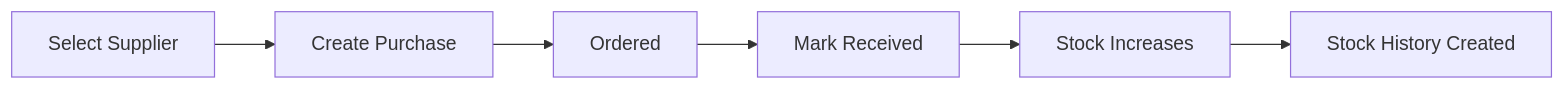
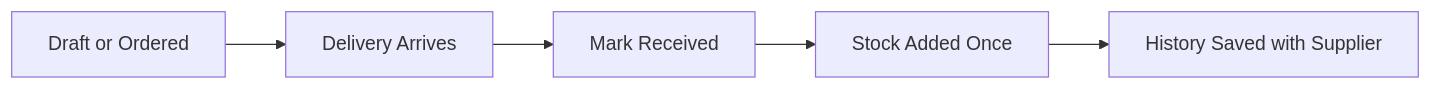
One commit to mohanmaali-dev/Hotel-Anmol-ONE-Frontent changed the ninth of 10 diagrams in docs/RESTAURANT_OWNER_GUIDE.md. Above: the diagram before and after it, drawn with Mermaid. The commit also changed other lines of this file and 27 other files, not shown here.

````diff
--- a/docs/RESTAURANT_OWNER_GUIDE.md
+++ b/docs/RESTAURANT_OWNER_GUIDE.md
@@ -309,8 +393,7 @@
 ```mermaid
 flowchart LR
-    A[Select Supplier] --> B[Create Purchase]
-    B --> C[Ordered]
-    C --> D[Mark Received]
-    D --> E[Stock Increases]
-    E --> F[Stock History Created]
+    A[Draft or Ordered] --> B[Delivery Arrives]
+    B --> C[Mark Received]
+    C --> D[Stock Added Once]
+    D --> E[History Saved with Supplier]
 ```
````
